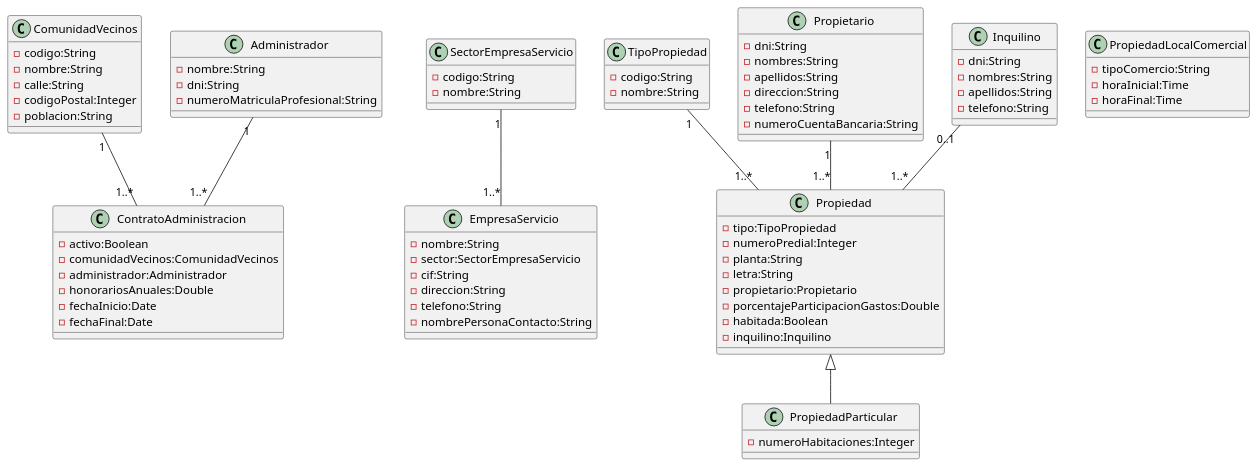
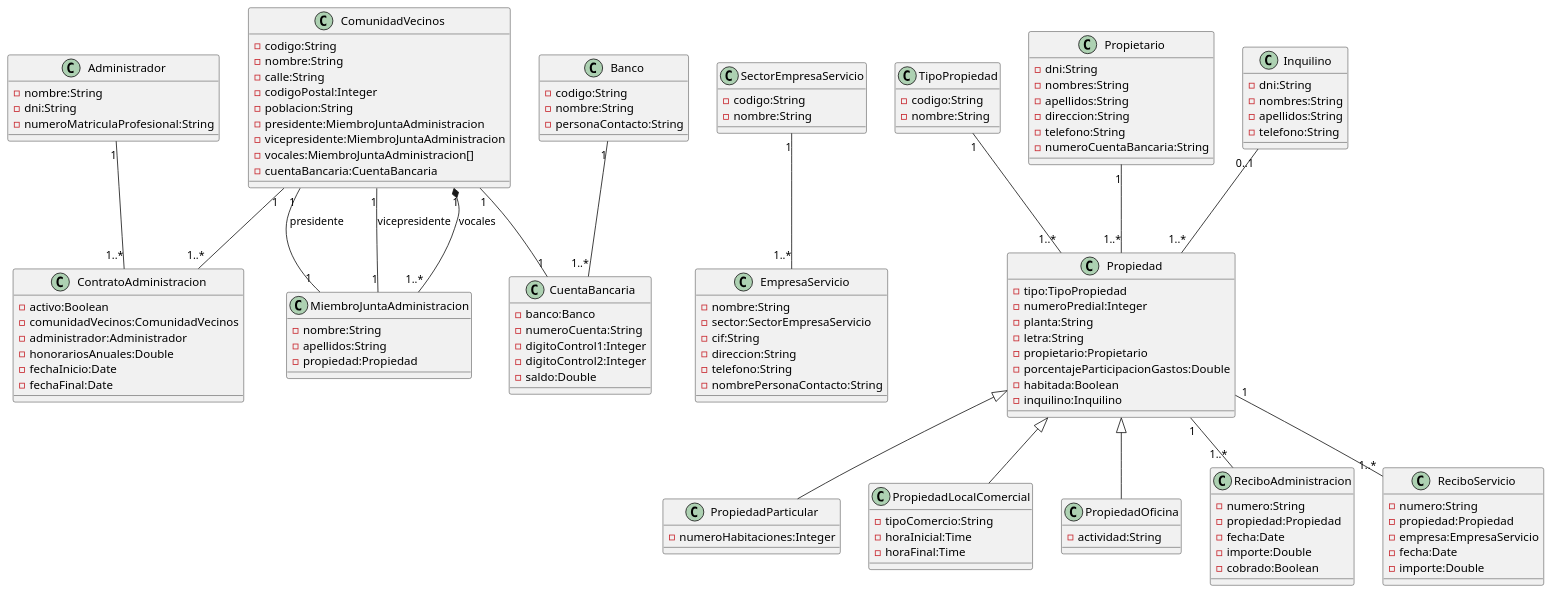
One commit to jorgealfonsogarcia/uan-spec-engsw-quality-workshop-01-poo changed the diagram in uan-spec-engsw-quality-workshop-01-poo.puml. Above: the diagram before and after it, drawn with PlantUML.

Commit message:
Version preliminar

```diff
--- a/uan-spec-engsw-quality-workshop-01-poo.puml
+++ b/uan-spec-engsw-quality-workshop-01-poo.puml
@@ -1,100 +1,162 @@
 @startuml uan-spec-engsw-quality-workshop-01-poo
 
 ' --- CLASES ---
 
 class ComunidadVecinos {
     -codigo:String
     -nombre:String
     -calle:String
     -codigoPostal:Integer
     -poblacion:String
+    -presidente:MiembroJuntaAdministracion
+    -vicepresidente:MiembroJuntaAdministracion
+    -vocales:MiembroJuntaAdministracion[]
+    -cuentaBancaria:CuentaBancaria
 }
 
 class ContratoAdministracion {
     -activo:Boolean
     -comunidadVecinos:ComunidadVecinos
     -administrador:Administrador
     -honorariosAnuales:Double
     -fechaInicio:Date
     -fechaFinal:Date
 }
 
 class Administrador {
     -nombre:String
     -dni:String
     -numeroMatriculaProfesional:String
 }
 
 class SectorEmpresaServicio {
     -codigo:String
     -nombre:String
 }
 
 class EmpresaServicio {
     -nombre:String
     -sector:SectorEmpresaServicio
     -cif:String
     -direccion:String
     -telefono:String
     -nombrePersonaContacto:String
 }
 
 class TipoPropiedad {
     -codigo:String
     -nombre:String
 }
 
 class Propietario {
     -dni:String
     -nombres:String
     -apellidos:String
     -direccion:String
     -telefono:String
     -numeroCuentaBancaria:String
 }
 
 class Inquilino {
     -dni:String
     -nombres:String
     -apellidos:String
     -telefono:String
 }
 
 class Propiedad {
     -tipo:TipoPropiedad
     -numeroPredial:Integer
     -planta:String
     -letra:String
     -propietario:Propietario
     -porcentajeParticipacionGastos:Double
     -habitada:Boolean
     -inquilino:Inquilino
 }
 
 class PropiedadParticular {
     -numeroHabitaciones:Integer
 }
 
 class PropiedadLocalComercial {
     -tipoComercio:String
     -horaInicial:Time
     -horaFinal:Time
 }
 
+class PropiedadOficina {
+    -actividad:String
+}
+
+class MiembroJuntaAdministracion {
+    -nombre:String
+    -apellidos:String
+    -propiedad:Propiedad
+}
+
+class Banco {
+    -codigo:String
+    -nombre:String
+    -personaContacto:String
+}
+
+class CuentaBancaria {
+    -banco:Banco
+    -numeroCuenta:String
+    -digitoControl1:Integer
+    -digitoControl2:Integer
+    -saldo:Double
+}
+
+class ReciboAdministracion {
+    -numero:String
+    -propiedad:Propiedad
+    -fecha:Date
+    -importe:Double
+    -cobrado:Boolean
+}
+
+class ReciboServicio {
+    -numero:String
+    -propiedad:Propiedad
+    -empresa:EmpresaServicio
+    -fecha:Date
+    -importe:Double
+}
+
 ' --- MULTIPLICIDAD Y ASOCIACIONES ---
 
 ComunidadVecinos "1" -- "1..*" ContratoAdministracion
 
 Administrador "1" -- "1..*" ContratoAdministracion
 
 SectorEmpresaServicio "1" -- "1..*" EmpresaServicio
 
 TipoPropiedad "1" -- "1..*" Propiedad
 
 Propietario "1" -- "1..*" Propiedad
 
 Inquilino "0..1" -- "1..*" Propiedad
 
 Propiedad <|-- PropiedadParticular
 
+Propiedad <|-- PropiedadLocalComercial
+
+Propiedad <|-- PropiedadOficina
+
+ComunidadVecinos "1" -- "1" MiembroJuntaAdministracion : presidente
+
+ComunidadVecinos "1" -- "1" MiembroJuntaAdministracion : vicepresidente
+
+ComunidadVecinos "1" *-- "1..*" MiembroJuntaAdministracion : vocales
+
+Banco "1" -- "1..*" CuentaBancaria
+
+ComunidadVecinos "1" -- "1" CuentaBancaria
+
+Propiedad "1" -- "1..*" ReciboAdministracion
+
+Propiedad "1" -- "1..*" ReciboServicio
+
 @enduml
```
